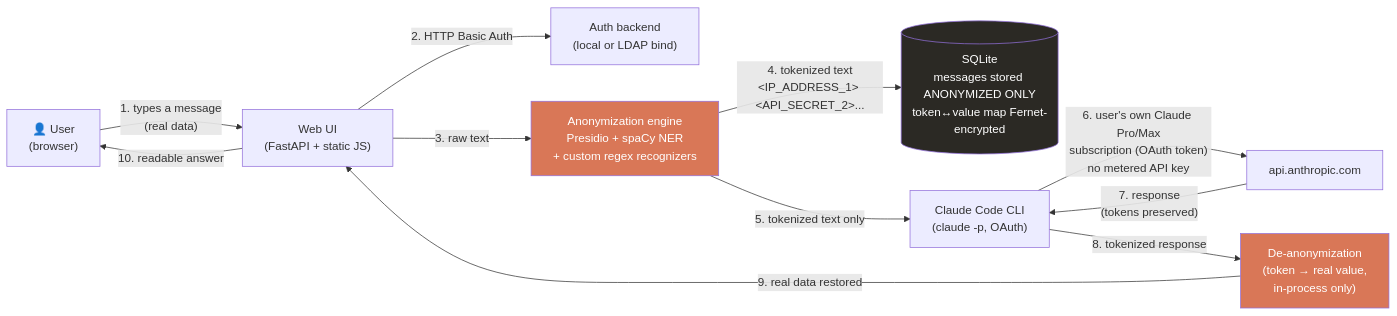
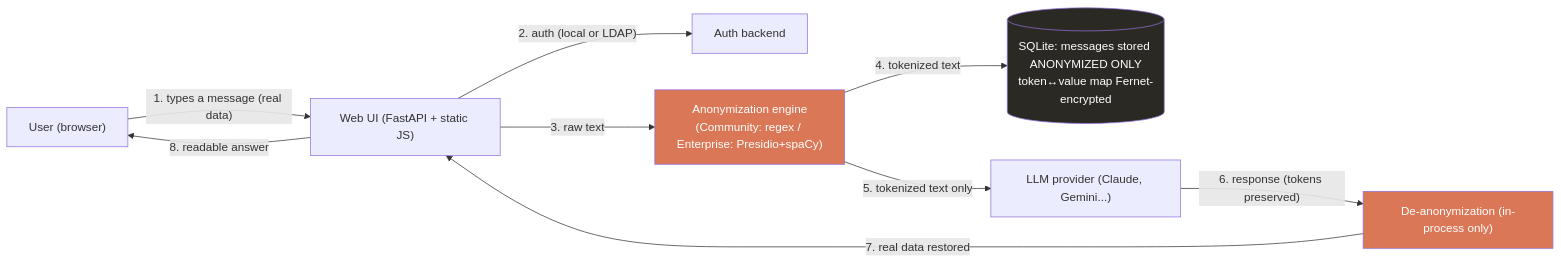
The diagram in README.md (Joopinhontas/tokenveil-oss), drawn with Mermaid before and after one commit. The commit also changed other lines of this file and 8 other files, not shown here.

First line of the commit message:
Community Edition: ship a real, runnable regex engine (was a dead stub)

````diff
--- a/README.md
+++ b/README.md
@@ -37,17 +67,15 @@
 ```mermaid
 flowchart LR
-    U["👤 User<br/>(browser)"] -->|"1. types a message<br/>(real data)"| FE["Web UI<br/>(FastAPI + static JS)"]
-    FE -->|"2. HTTP Basic Auth"| AUTH["Auth backend<br/>(local or LDAP bind)"]
-    FE -->|"3. raw text"| ANON["Anonymization engine<br/>Presidio + spaCy NER<br/>+ custom regex recognizers"]
-    ANON -->|"4. tokenized text<br/>&lt;IP_ADDRESS_1&gt; &lt;API_SECRET_2&gt;..."| DB[("SQLite<br/>messages stored ANONYMIZED ONLY<br/>token↔value map Fernet-encrypted")]
-    ANON -->|"5. tokenized text only"| CLI["Claude Code CLI<br/>(claude -p, OAuth)"]
-    CLI -->|"6. user's own Claude Pro/Max<br/>subscription (OAuth token)<br/>no metered API key"| API["api.anthropic.com"]
-    API -->|"7. response<br/>(tokens preserved)"| CLI
-    CLI -->|"8. tokenized response"| DEANON["De-anonymization<br/>(token → real value,<br/>in-process only)"]
-    DEANON -->|"9. real data restored"| FE
-    FE -->|"10. readable answer"| U
+    U["User (browser)"] -->|"1. types a message (real data)"| FE["Web UI (FastAPI + static JS)"]
+    FE -->|"2. auth (local or LDAP)"| AUTH["Auth backend"]
+    FE -->|"3. raw text"| ANON["Anonymization engine<br/>(Community: regex / Enterprise: Presidio+spaCy)"]
+    ANON -->|"4. tokenized text"| DB[("SQLite: messages stored ANONYMIZED ONLY<br/>token↔value map Fernet-encrypted")]
+    ANON -->|"5. tokenized text only"| API["LLM provider (Claude, Gemini...)"]
+    API -->|"6. response (tokens preserved)"| DEANON["De-anonymization (in-process only)"]
+    DEANON -->|"7. real data restored"| FE
+    FE -->|"8. readable answer"| U
 
     style ANON fill:#d97757,color:#fff
     style DEANON fill:#d97757,color:#fff
     style DB fill:#2b2924,color:#fff
 ```
````
